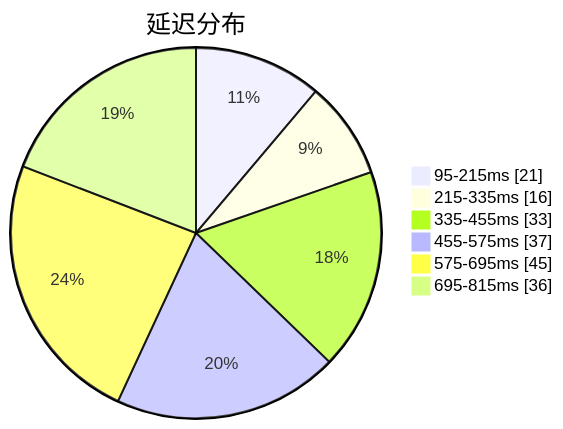
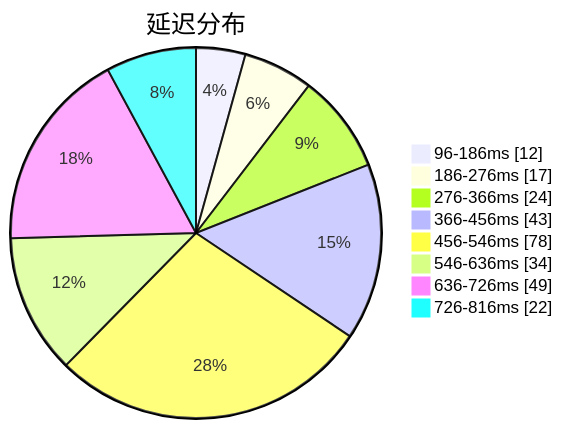
The first of 3 diagrams in subs/statistics/tested_within.md (sinspired/airport), drawn with Mermaid before and after one commit. The commit also changed other lines of this file and 2 other files, not shown here.

````diff
--- a/subs/statistics/tested_within.md
+++ b/subs/statistics/tested_within.md
@@ -2,10 +2,12 @@
 ```mermaid
 pie showData
 title 延迟分布
-"95-215ms" : 21
-"215-335ms" : 16
-"335-455ms" : 33
-"455-575ms" : 37
-"575-695ms" : 45
-"695-815ms" : 36
+"96-186ms" : 12
+"186-276ms" : 17
+"276-366ms" : 24
+"366-456ms" : 43
+"456-546ms" : 78
+"546-636ms" : 34
+"636-726ms" : 49
+"726-816ms" : 22
 ```
````
